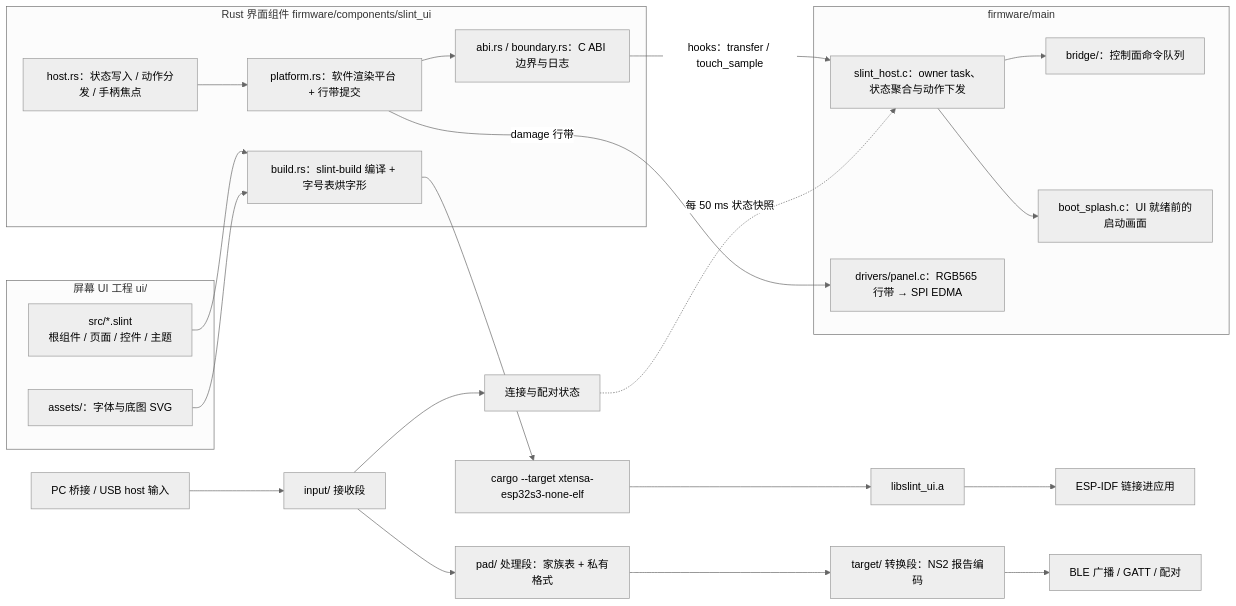
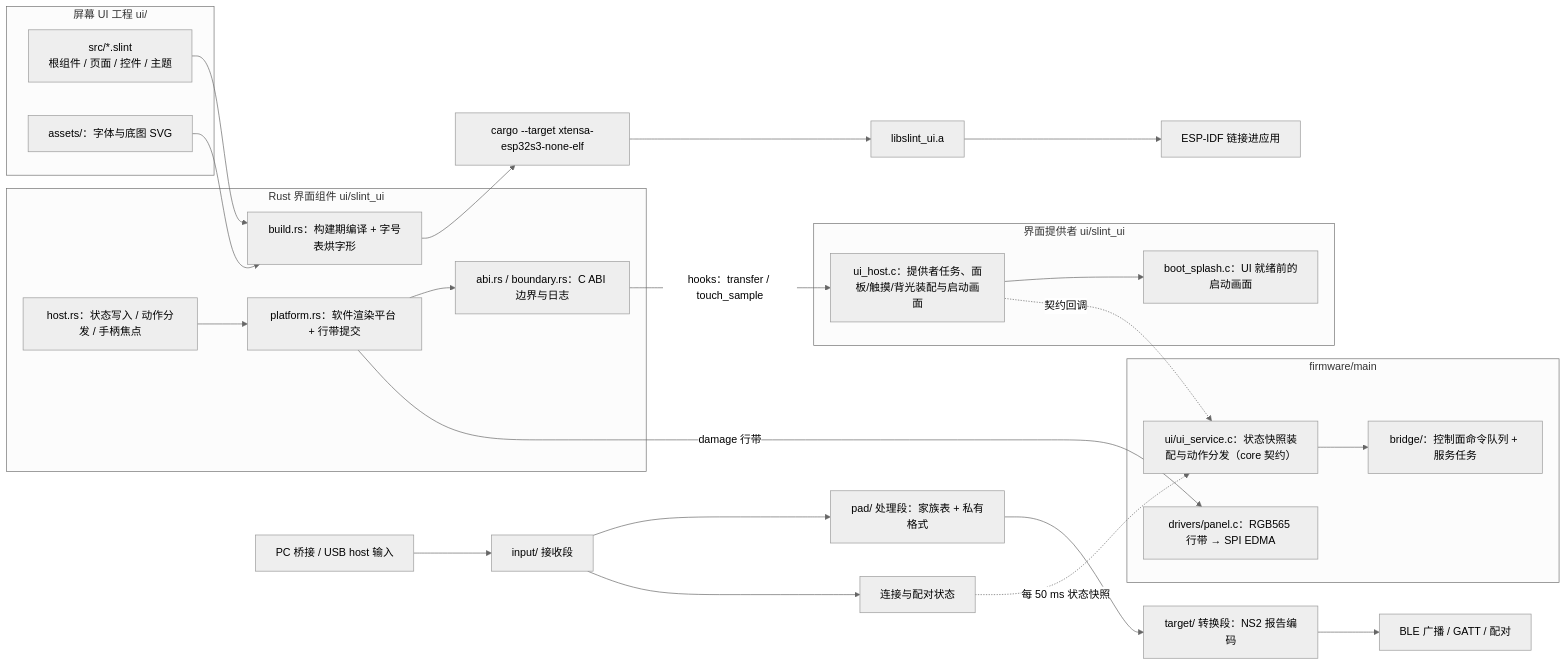
One commit to slime7/remapad changed the first of 9 diagrams in docs/ARCHITECTURE.md. Above: the diagram before and after it, drawn with Mermaid (neutral theme). The commit also changed other lines of this file and 71 other files, not shown here.

````diff
--- a/docs/ARCHITECTURE.md
+++ b/docs/ARCHITECTURE.md
@@ -23,40 +26,44 @@
 ```mermaid
 flowchart LR
     subgraph Ui[屏幕 UI 工程 ui/]
         Source["src/*.slint<br/>根组件 / 页面 / 控件 / 主题"]
         Assets["assets/：字体与底图 SVG"]
     end
 
-    subgraph Rust[Rust 界面组件 firmware/components/slint_ui]
-        BuildScript["build.rs：slint-build 编译 + 字号表烘字形"]
+    subgraph Rust[Rust 界面组件 ui/slint_ui]
+        BuildScript["build.rs：构建期编译 + 字号表烘字形"]
         Host["host.rs：状态写入 / 动作分发 / 手柄焦点"]
         Platform["platform.rs：软件渲染平台 + 行带提交"]
         Abi["abi.rs / boundary.rs：C ABI 边界与日志"]
         Host --> Platform
         Platform --> Abi
     end
 
     subgraph Firmware[firmware/main]
-        FwHost["slint_host.c：owner task、状态聚合与动作下发"]
-        Bridge["bridge/：控制面命令队列"]
+        UiService["ui/ui_service.c：状态快照装配与动作分发（core 契约）"]
+        Bridge["bridge/：控制面命令队列 + 服务任务"]
+        Panel["drivers/panel.c：RGB565 行带 → SPI EDMA"]
+        UiService --> Bridge
+    end
+    subgraph UiHost[界面提供者 ui/slint_ui]
+        FwHost["ui_host.c：提供者任务、面板/触摸/背光装配与启动画面"]
         Splash["boot_splash.c：UI 就绪前的启动画面"]
-        Panel["drivers/panel.c：RGB565 行带 → SPI EDMA"]
-        FwHost --> Bridge
         FwHost --> Splash
+        FwHost -.契约回调.-> UiService
     end
 
     Source --> BuildScript
     Assets --> BuildScript
     BuildScript --> Cargo["cargo --target xtensa-esp32s3-none-elf"]
     Cargo --> Lib["libslint_ui.a"]
     Lib --> Link["ESP-IDF 链接进应用"]
     Abi -->|"hooks：transfer / touch_sample"| FwHost
     Platform -->|"damage 行带"| Panel
 
     Input["PC 桥接 / USB host 输入"] --> Recv["input/ 接收段"]
     Recv --> Pad["pad/ 处理段：家族表 + 私有格式"]
     Pad --> Encoder["target/ 转换段：NS2 报告编码"]
     Encoder --> BLE["BLE 广播 / GATT / 配对"]
     Recv --> State["连接与配对状态"]
-    State -.每 50 ms 状态快照.-> FwHost
+    State -.每 50 ms 状态快照.-> UiService
 ```
````
